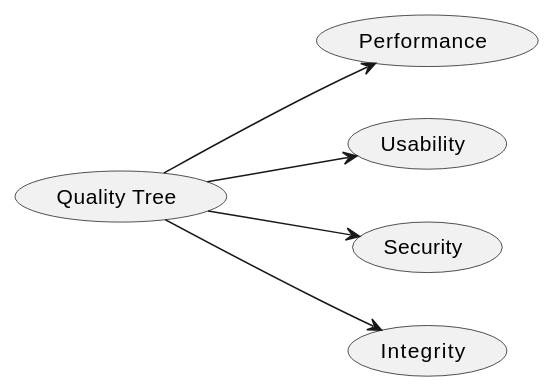
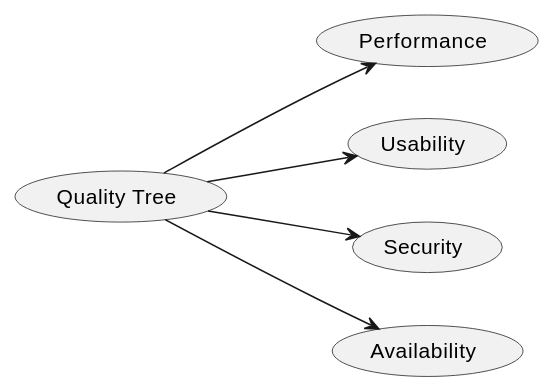
The diagram in docs/10_quality_scenarios.adoc (Arquisoft/Arquisoft-dede_es_04a), drawn with PlantUML before and after one commit. The commit also changed other lines of this file, not shown here.

```diff
--- a/docs/10_quality_scenarios.adoc
+++ b/docs/10_quality_scenarios.adoc
@@ -8,13 +8,13 @@
 [plantuml, "Quality tree",png]
 ----
 left to right direction
 (Quality Tree) as (QT)
 (Performance) as (Pr)
 (Usability) as (U)
 (Security) as (Se)
-(Integrity) as (In)
+(Availability) as (Av)
 QT --> Pr
 QT --> U
 QT --> Se
-QT --> In
+QT --> Av
 ----
```
